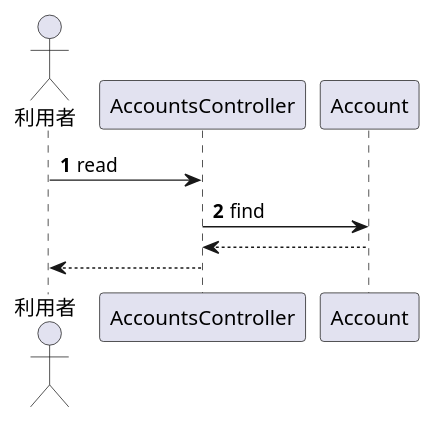
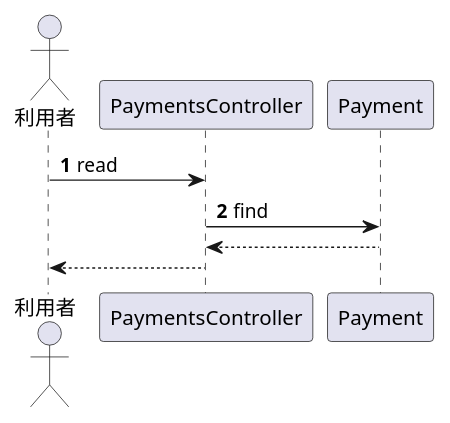
Before and after one commit to Leonis0813/chort: the fourth of 8 diagrams in algieba/sphinx/internal.rst, drawn with PlantUML. The commit also changed other lines of this file and 2 other files, not shown here.

```diff
--- a/algieba/sphinx/internal.rst
+++ b/algieba/sphinx/internal.rst
@@ -221,11 +221,11 @@
 .. uml::
 
    autonumber
 
    actor 利用者
-   利用者 -> AccountsController : read
-   AccountsController -> Account : find
+   利用者 -> PaymentsController : read
+   PaymentsController -> Payment : find
 
    autonumber stop
-   Account --> AccountsController
-   AccountsController --> 利用者
+   Payment --> PaymentsController
+   PaymentsController --> 利用者
```
